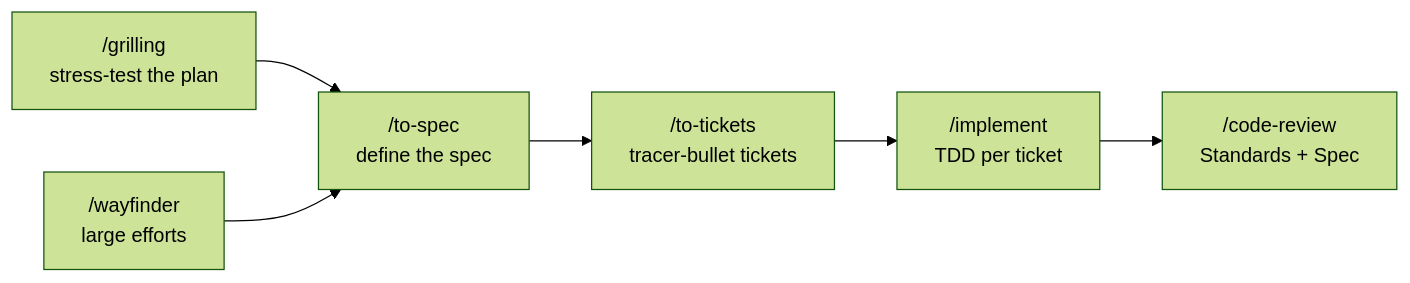
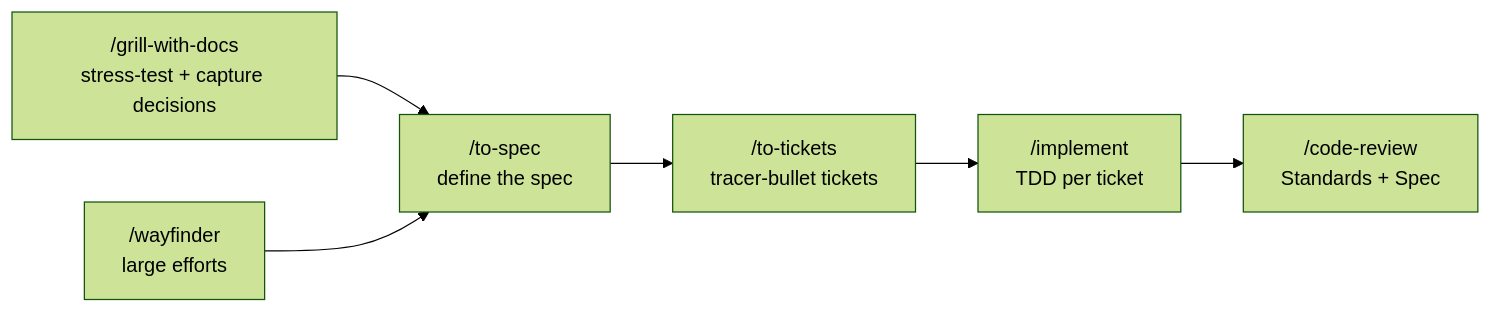
Before and after one commit to yinloo-ola/pi-wayfinder-guard: the diagram in README.md, drawn with Mermaid (forest theme). The commit also changed other lines of this file and 9 other files, not shown here.

````diff
--- a/README.md
+++ b/README.md
@@ -67,8 +68,8 @@
 ```mermaid
 graph LR
-  G["/grilling<br/>stress-test the plan"] --> S["/to-spec<br/>define the spec"]
+  G["/grill-with-docs<br/>stress-test + capture decisions"] --> S["/to-spec<br/>define the spec"]
   W["/wayfinder<br/>large efforts"] --> S
   S --> T["/to-tickets<br/>tracer-bullet tickets"]
   T --> I["/implement<br/>TDD per ticket"]
   I --> C["/code-review<br/>Standards + Spec"]
 ```
````
